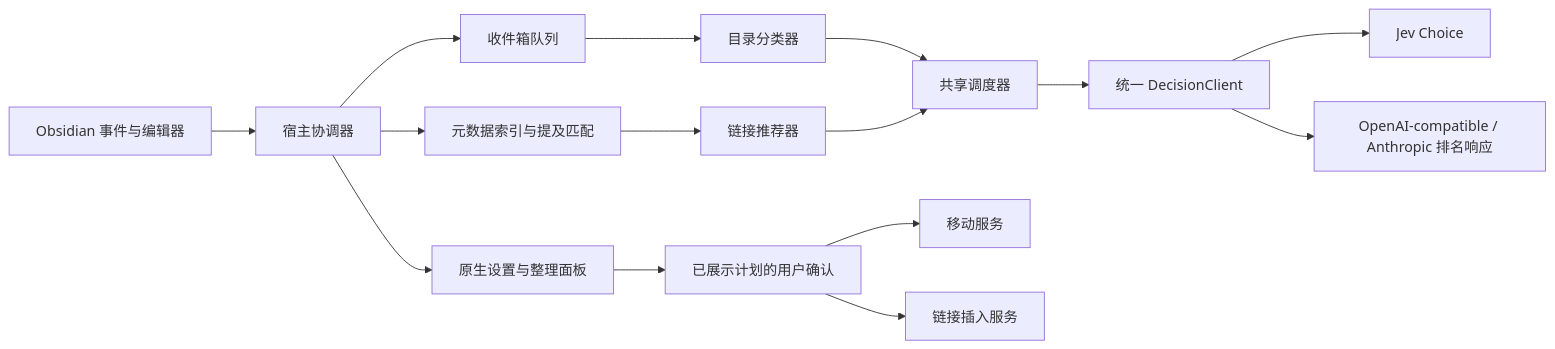
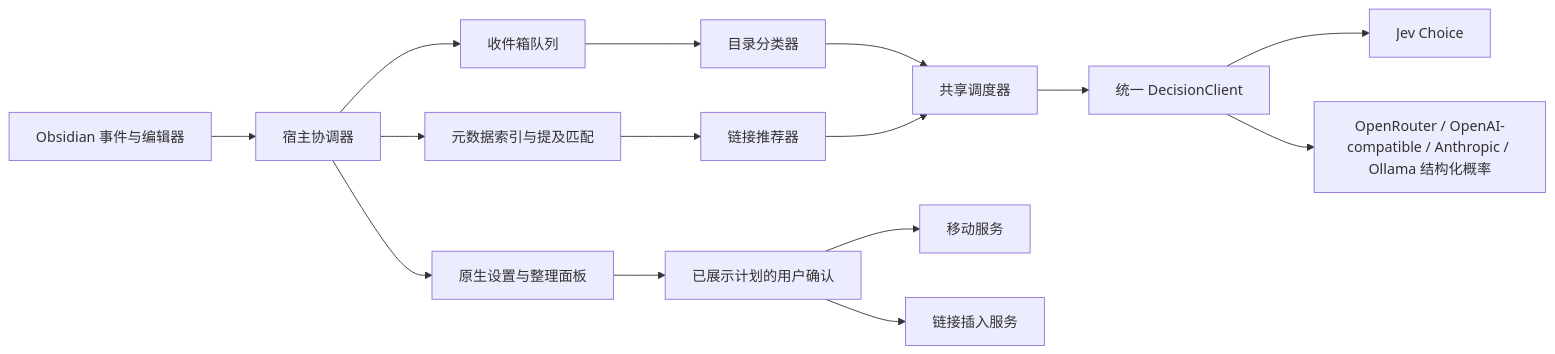
Before and after one commit to KineiChou/obsidian-homing: the diagram in docs/technical-design.md, drawn with Mermaid. The commit also changed other lines of this file and 21 other files, not shown here.

````diff
--- a/docs/technical-design.md
+++ b/docs/technical-design.md
@@ -25,17 +25,17 @@
 ```mermaid
 flowchart LR
     Host[Obsidian 事件与编辑器] --> Controller[宿主协调器]
     Controller --> Queue[收件箱队列]
     Queue --> Classifier[目录分类器]
     Controller --> Index[元数据索引与提及匹配]
     Index --> Recommender[链接推荐器]
     Classifier --> Scheduler[共享调度器]
     Recommender --> Scheduler
     Scheduler --> Provider[统一 DecisionClient]
     Provider --> Jev[Jev Choice]
-    Provider --> Ranked[OpenAI-compatible / Anthropic 排名响应]
+    Provider --> Ranked[OpenRouter / OpenAI-compatible / Anthropic / Ollama 结构化概率]
     Controller --> UI[原生设置与整理面板]
     UI --> Confirm[已展示计划的用户确认]
     Confirm --> Move[移动服务]
     Confirm --> Link[链接插入服务]
 ```
````
